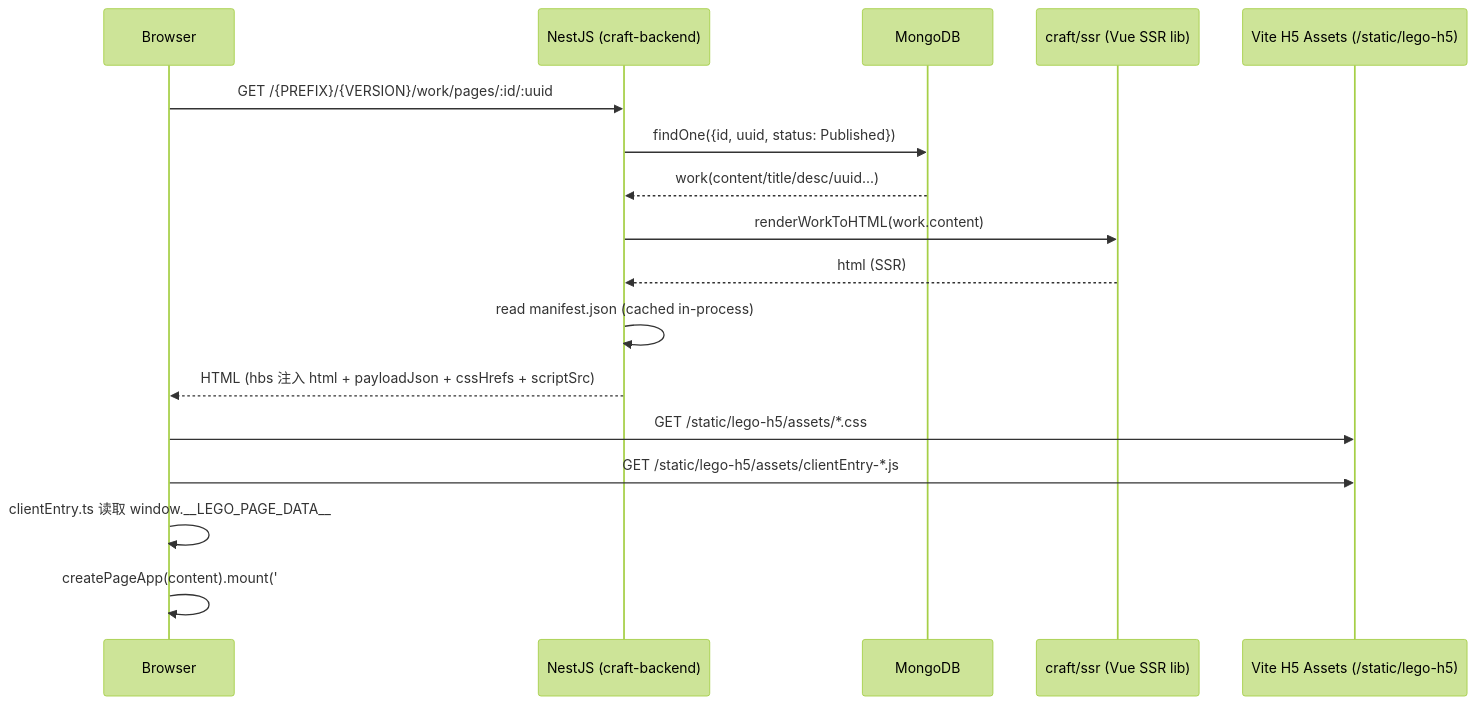
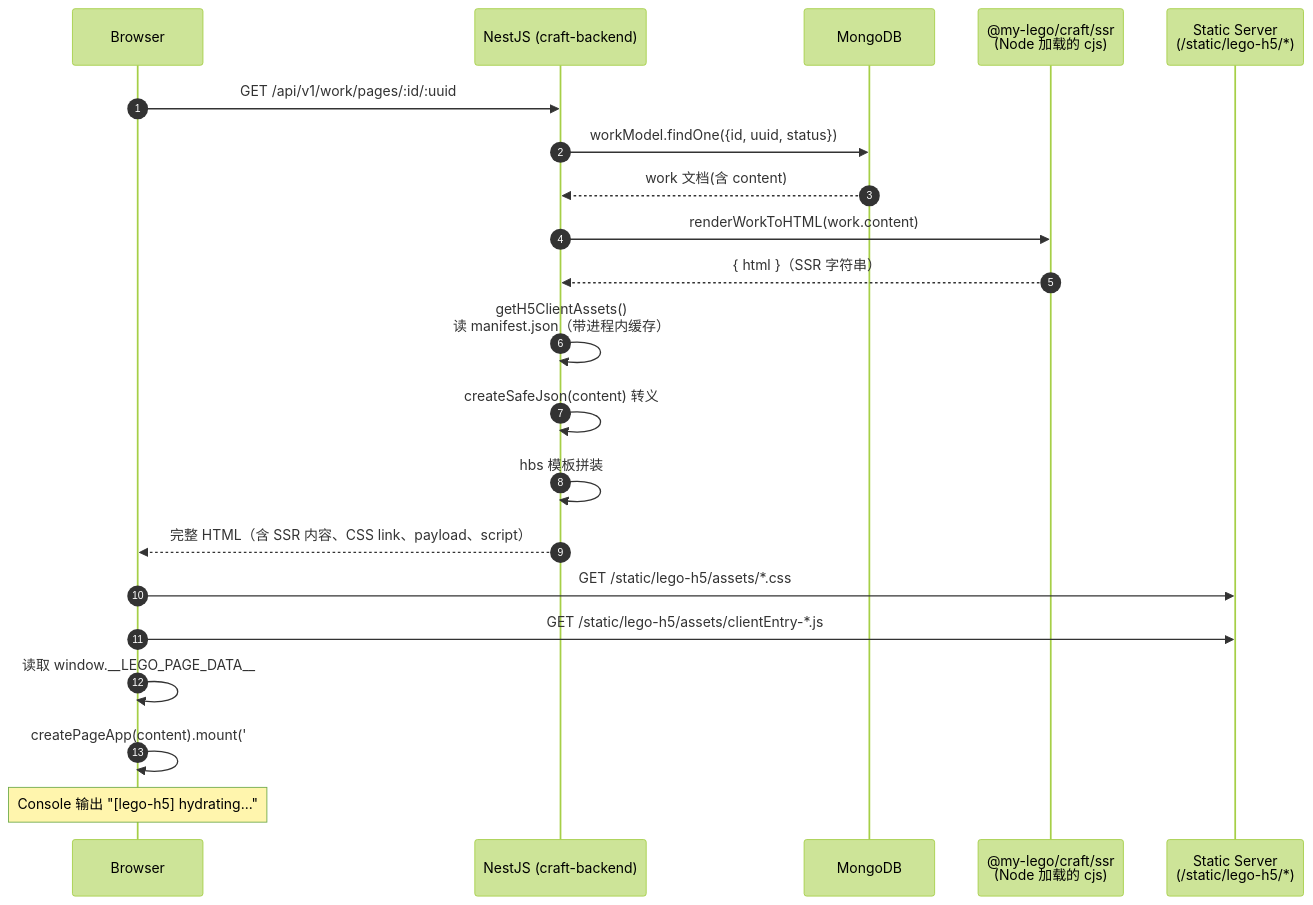
Before and after one commit to tyler4400/my-lego: the third of 4 diagrams in BizDocs/06-作品发布页SSR与Hydration流程.md, drawn with Mermaid (forest theme). The commit also changed other lines of this file and 5 other files, not shown here.

````diff
--- a/BizDocs/06-作品发布页SSR与Hydration流程.md
+++ b/BizDocs/06-作品发布页SSR与Hydration流程.md
@@ -52,20 +192,24 @@
 ```mermaid
 sequenceDiagram
+  autonumber
   participant B as Browser
   participant N as NestJS (craft-backend)
   participant M as MongoDB
-  participant S as craft/ssr (Vue SSR lib)
-  participant V as Vite H5 Assets (/static/lego-h5)
+  participant SSR as @my-lego/craft/ssr<br/>(Node 加载的 cjs)
+  participant FS as Static Server<br/>(/static/lego-h5/*)
 
-  B->>N: GET /{PREFIX}/{VERSION}/work/pages/:id/:uuid
-  N->>M: findOne({id, uuid, status: Published})
-  M-->>N: work(content/title/desc/uuid...)
-  N->>S: renderWorkToHTML(work.content)
-  S-->>N: html (SSR)
-  N->>N: read manifest.json (cached in-process)
-  N-->>B: HTML (hbs 注入 html + payloadJson + cssHrefs + scriptSrc)
-  B->>V: GET /static/lego-h5/assets/*.css
-  B->>V: GET /static/lego-h5/assets/clientEntry-*.js
-  B->>B: clientEntry.ts 读取 window.__LEGO_PAGE_DATA__
-  B->>B: createPageApp(content).mount('#app') (Hydration)
+  B->>N: GET /api/v1/work/pages/:id/:uuid
+  N->>M: workModel.findOne({id, uuid, status})
+  M-->>N: work 文档(含 content)
+  N->>SSR: renderWorkToHTML(work.content)
+  SSR-->>N: { html }（SSR 字符串）
+  N->>N: getH5ClientAssets()<br/>读 manifest.json（带进程内缓存）
+  N->>N: createSafeJson(content) 转义
+  N->>N: hbs 模板拼装
+  N-->>B: 完整 HTML（含 SSR 内容、CSS link、payload、script）
+  B->>FS: GET /static/lego-h5/assets/*.css
+  B->>FS: GET /static/lego-h5/assets/clientEntry-*.js
+  B->>B: 读取 window.__LEGO_PAGE_DATA__
+  B->>B: createPageApp(content).mount('#app') 完成 Hydration
+  Note over B: Console 输出 "[lego-h5] hydrating..."
 ```
````
